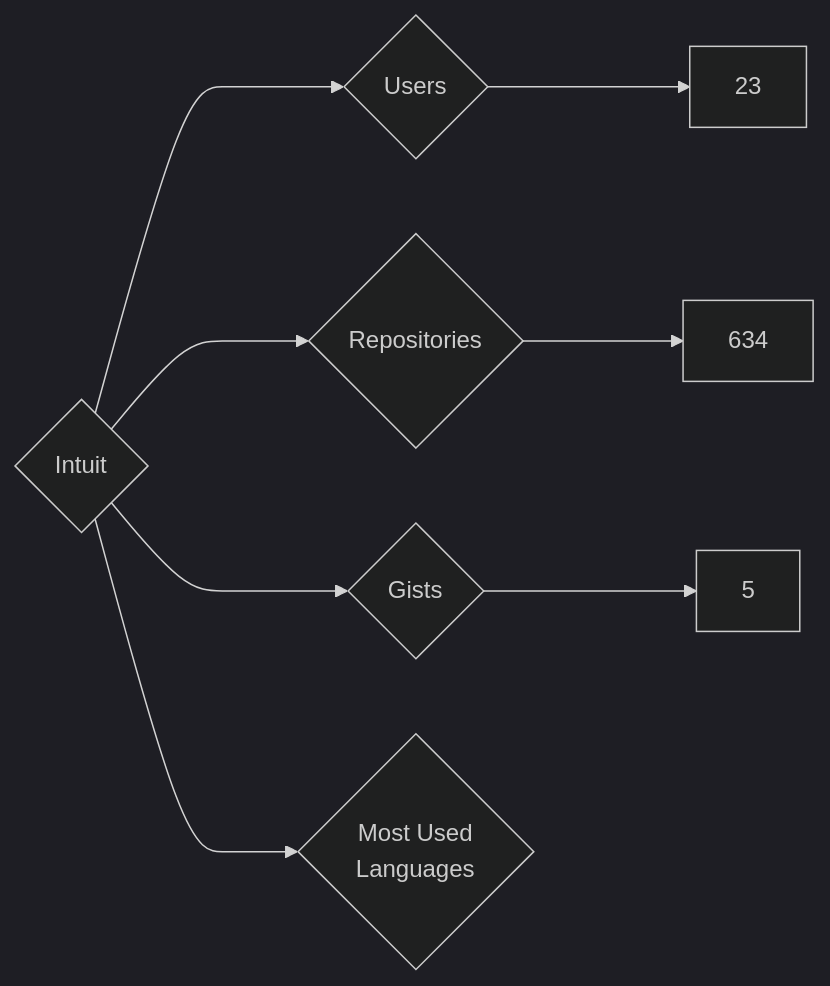
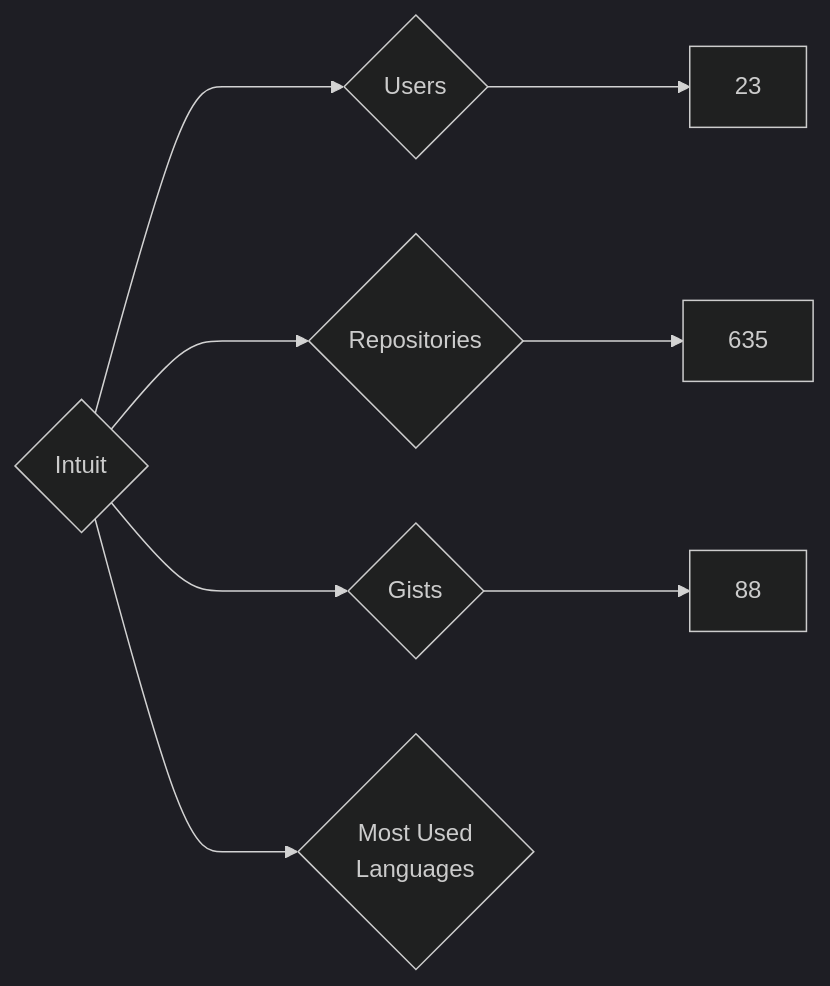
The diagram in targets/Intuit/README.md (nenadzaric/insiders), drawn with Mermaid (dark theme) before and after one commit. The commit also changed 1342 other files, not shown here.

````diff
--- a/targets/Intuit/README.md
+++ b/targets/Intuit/README.md
@@ -3,8 +3,8 @@
 ```mermaid
 graph LR
 COMPANY_NAME{Intuit}
 COMPANY_NAME ---> U{Users} ---> UN[23]
-COMPANY_NAME ---> R{Repositories} ---> RN[634]
-COMPANY_NAME ---> G{Gists} ---> GN[5]
+COMPANY_NAME ---> R{Repositories} ---> RN[635]
+COMPANY_NAME ---> G{Gists} ---> GN[88]
 COMPANY_NAME ---> ML{Most Used<br>Languages}
 ```
````
